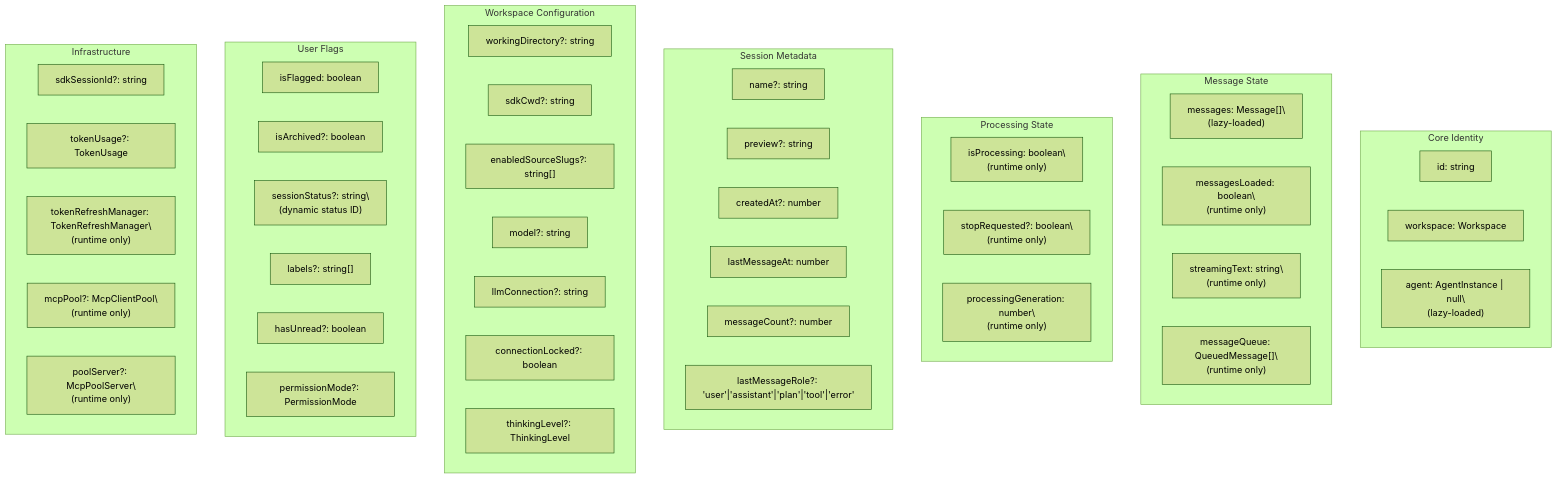
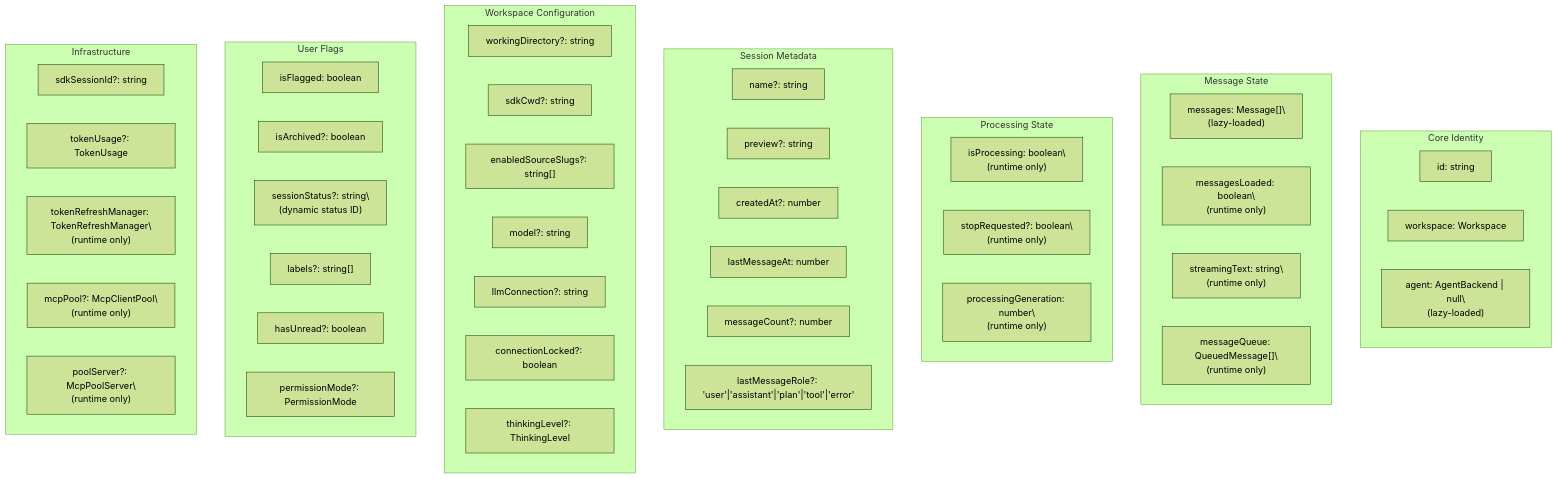
Before and after one commit to blackcater/zentree: the second of 6 diagrams in docs/lukilabs_craft-agents-oss/api-reference/sessionmanager-api.md, drawn with Mermaid (forest theme). The commit also changed other lines of this file and 232 other files, not shown here.

````diff
--- a/docs/lukilabs_craft-agents-oss/api-reference/sessionmanager-api.md
+++ b/docs/lukilabs_craft-agents-oss/api-reference/sessionmanager-api.md
@@ -72,69 +74,69 @@
 ```mermaid
 graph TB
     subgraph "Core Identity"
         id["id: string"]
         workspace["workspace: Workspace"]
-        agent["agent: AgentInstance | null\
+        agent["agent: AgentBackend | null\
 (lazy-loaded)"]
     end
-
+    
     subgraph "Message State"
         messages["messages: Message[]\
 (lazy-loaded)"]
         messagesLoaded["messagesLoaded: boolean\
 (runtime only)"]
         streamingText["streamingText: string\
 (runtime only)"]
         messageQueue["messageQueue: QueuedMessage[]\
 (runtime only)"]
     end
-
+    
     subgraph "Processing State"
         isProcessing["isProcessing: boolean\
 (runtime only)"]
         stopRequested["stopRequested?: boolean\
 (runtime only)"]
         processingGeneration["processingGeneration: number\
 (runtime only)"]
     end
-
+    
     subgraph "Session Metadata"
         name["name?: string"]
         preview["preview?: string"]
         createdAt["createdAt?: number"]
         lastMessageAt["lastMessageAt: number"]
         messageCount["messageCount?: number"]
         lastMessageRole["lastMessageRole?: 'user'|'assistant'|'plan'|'tool'|'error'"]
     end
-
+    
     subgraph "Workspace Configuration"
         workingDirectory["workingDirectory?: string"]
         sdkCwd["sdkCwd?: string"]
         enabledSourceSlugs["enabledSourceSlugs?: string[]"]
         model["model?: string"]
         llmConnection["llmConnection?: string"]
         connectionLocked["connectionLocked?: boolean"]
         thinkingLevel["thinkingLevel?: ThinkingLevel"]
     end
-
+    
     subgraph "User Flags"
         isFlagged["isFlagged: boolean"]
         isArchived["isArchived?: boolean"]
         sessionStatus["sessionStatus?: string\
 (dynamic status ID)"]
         labels["labels?: string[]"]
         hasUnread["hasUnread?: boolean"]
         permissionMode["permissionMode?: PermissionMode"]
     end
-
+    
     subgraph "Infrastructure"
         sdkSessionId["sdkSessionId?: string"]
         tokenUsage["tokenUsage?: TokenUsage"]
         tokenRefreshManager["tokenRefreshManager: TokenRefreshManager\
 (runtime only)"]
         mcpPool["mcpPool?: McpClientPool\
 (runtime only)"]
         poolServer["poolServer?: McpPoolServer\
 (runtime only)"]
     end
 ```
````
